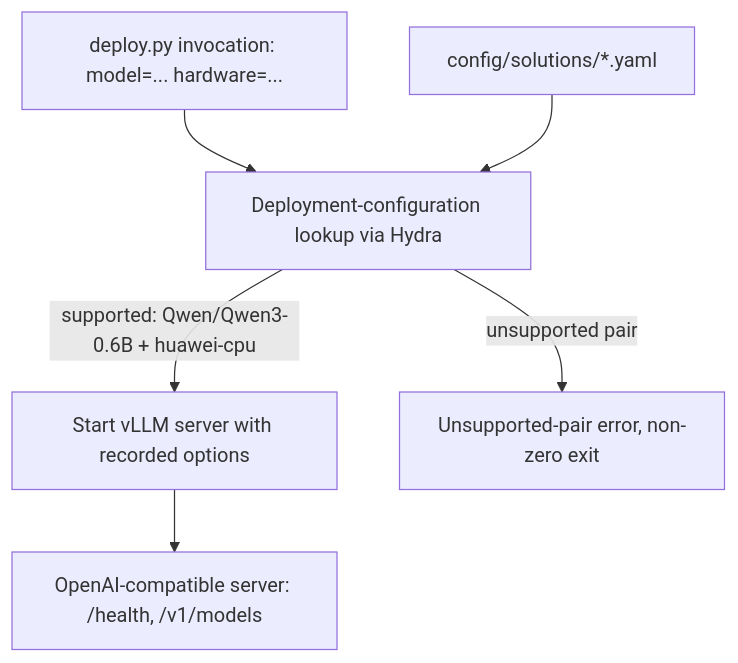
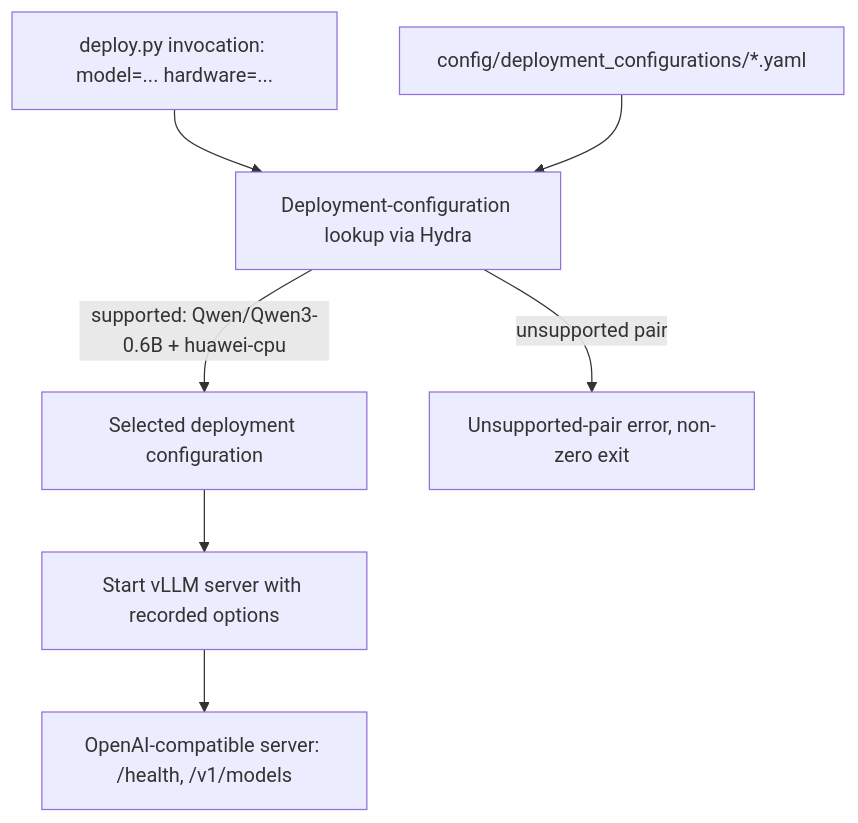
One commit to anton-pershin/llm-deployment changed the diagram in .internal/specs/01-baseline-skeleton-kiss-spec.md. Above: the diagram before and after it, drawn with Mermaid. The commit also changed other lines of this file and 1 other file, not shown here.

Commit message:
Complete 01-baseline-skeleton KISS spec; modernize constitution diagram; rename config/solutions to config/deployment_configurations

````diff
--- a/.internal/specs/01-baseline-skeleton-kiss-spec.md
+++ b/.internal/specs/01-baseline-skeleton-kiss-spec.md
@@ -41,8 +41,9 @@
 ```mermaid
 flowchart TD
     CLI[deploy.py invocation: model=... hardware=...] --> LOOKUP[Deployment-configuration lookup via Hydra]
-    LIB[config/solutions/*.yaml] --> LOOKUP
-    LOOKUP -->|supported: Qwen/Qwen3-0.6B + huawei-cpu| START[Start vLLM server with recorded options]
+    LIB[config/deployment_configurations/*.yaml] --> LOOKUP
+    LOOKUP -->|supported: Qwen/Qwen3-0.6B + huawei-cpu| CONFIG[Selected deployment configuration]
     LOOKUP -->|unsupported pair| ERROR[Unsupported-pair error, non-zero exit]
+    CONFIG --> START[Start vLLM server with recorded options]
     START --> SERVE[OpenAI-compatible server: /health, /v1/models]
 ```
````
